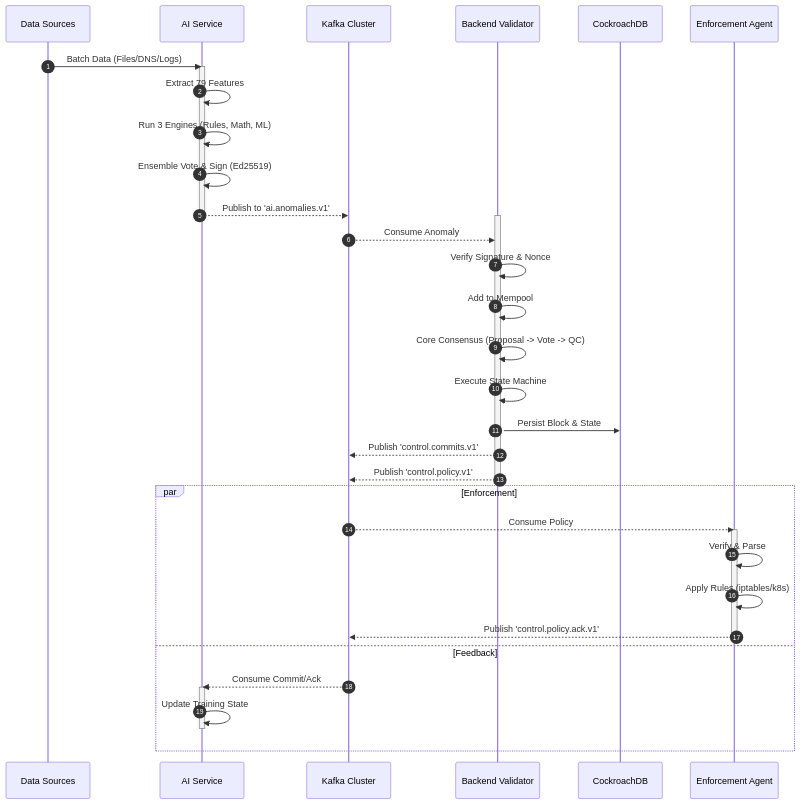
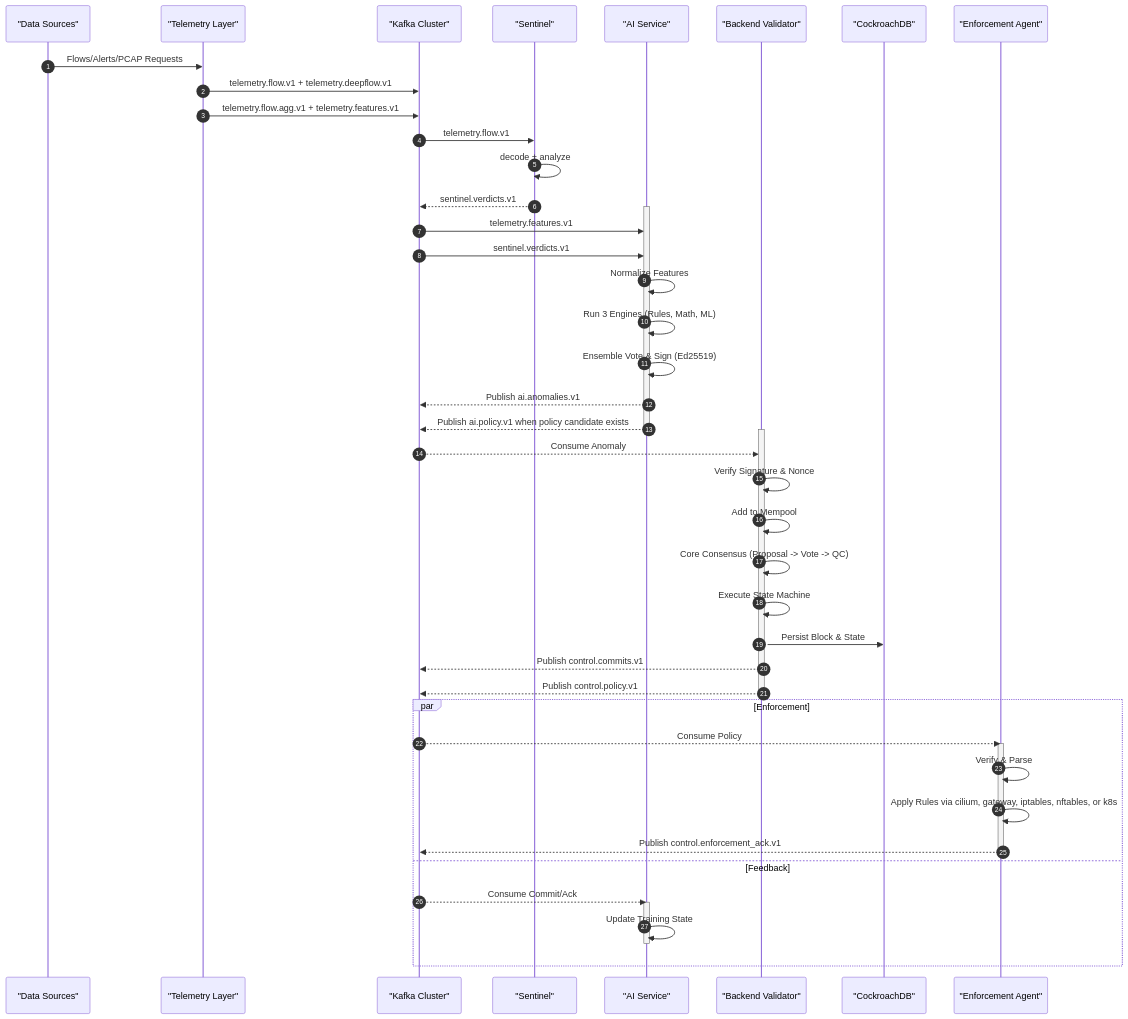
Before and after one commit to EveShark/CyberMesh: the diagram in docs/architecture/01_system_overview.md, drawn with Mermaid. The commit also changed other lines of this file and 49 other files, not shown here.

````diff
--- a/docs/architecture/01_system_overview.md
+++ b/docs/architecture/01_system_overview.md
@@ -92,46 +144,56 @@
 ```mermaid
 sequenceDiagram
     autonumber
-    participant Telemetry as Data Sources
-    participant AI as AI Service
-    participant Kafka as Kafka Cluster
-    participant Backend as Backend Validator
-    participant DB as CockroachDB
-    participant Agent as Enforcement Agent
+    participant Telemetry as "Data Sources"
+    participant TL as "Telemetry Layer"
+    participant Kafka as "Kafka Cluster"
+    participant Sentinel as "Sentinel"
+    participant AI as "AI Service"
+    participant Backend as "Backend Validator"
+    participant DB as "CockroachDB"
+    participant Agent as "Enforcement Agent"
 
     %% Phase 1: Detection
-    Telemetry->>AI: Batch Data (Files/DNS/Logs)
+    Telemetry->>TL: Flows/Alerts/PCAP Requests
+    TL->>Kafka: telemetry.flow.v1 + telemetry.deepflow.v1
+    TL->>Kafka: telemetry.flow.agg.v1 + telemetry.features.v1
+    Kafka->>Sentinel: telemetry.flow.v1
+    Sentinel->>Sentinel: decode + analyze
+    Sentinel-->>Kafka: sentinel.verdicts.v1
     activate AI
-    AI->>AI: Extract 79 Features
+    Kafka->>AI: telemetry.features.v1
+    Kafka->>AI: sentinel.verdicts.v1
+    AI->>AI: Normalize Features
     AI->>AI: Run 3 Engines (Rules, Math, ML)
     AI->>AI: Ensemble Vote & Sign (Ed25519)
-    AI-->>Kafka: Publish to 'ai.anomalies.v1'
+    AI-->>Kafka: Publish ai.anomalies.v1
+    AI-->>Kafka: Publish ai.policy.v1 when policy candidate exists
     deactivate AI
 
     %% Phase 2: Consensus
     activate Backend
     Kafka-->>Backend: Consume Anomaly
     Backend->>Backend: Verify Signature & Nonce
     Backend->>Backend: Add to Mempool
     Backend->>Backend: Core Consensus (Proposal -> Vote -> QC)
     Backend->>Backend: Execute State Machine
     Backend->>DB: Persist Block & State
-    Backend-->>Kafka: Publish 'control.commits.v1'
-    Backend-->>Kafka: Publish 'control.policy.v1'
+    Backend-->>Kafka: Publish control.commits.v1
+    Backend-->>Kafka: Publish control.policy.v1
     deactivate Backend
 
     %% Phase 3: Enforcement & Feedback
     par Enforcement
         Kafka-->>Agent: Consume Policy
         activate Agent
         Agent->>Agent: Verify & Parse
-        Agent->>Agent: Apply Rules (iptables/k8s)
-        Agent-->>Kafka: Publish 'control.policy.ack.v1'
+        Agent->>Agent: Apply Rules via cilium, gateway, iptables, nftables, or k8s
+        Agent-->>Kafka: Publish control.enforcement_ack.v1
         deactivate Agent
     and Feedback
         Kafka-->>AI: Consume Commit/Ack
         activate AI
         AI->>AI: Update Training State
         deactivate AI
     end
 ```
````
